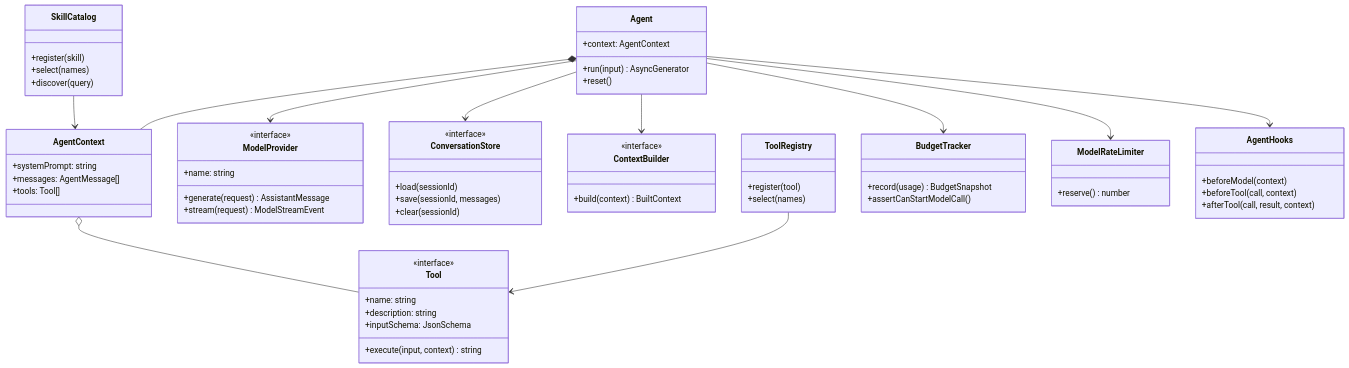
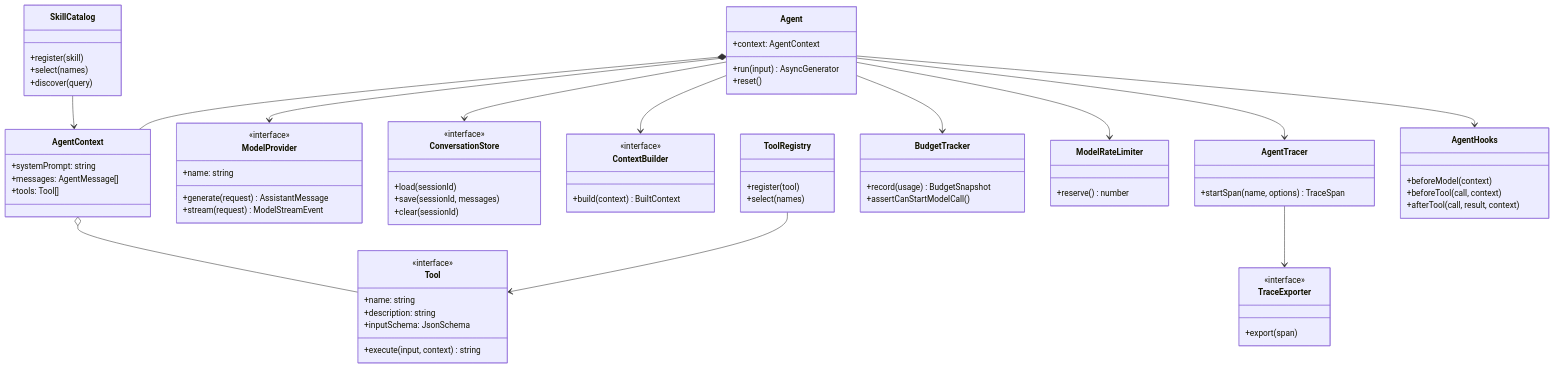
The diagram in docs/architecture.md (daiwk/building-agents-from-scratch), drawn with Mermaid before and after one commit. The commit also changed other lines of this file and 22 other files, not shown here.

````diff
--- a/docs/architecture.md
+++ b/docs/architecture.md
@@ -5,68 +5,77 @@
 ```mermaid
 classDiagram
     class Agent {
       +context: AgentContext
       +run(input) AsyncGenerator
       +reset()
     }
     class AgentContext {
       +systemPrompt: string
       +messages: AgentMessage[]
       +tools: Tool[]
     }
     class ModelProvider {
       <<interface>>
       +name: string
       +generate(request) AssistantMessage
       +stream(request) ModelStreamEvent
     }
     class Tool {
       <<interface>>
       +name: string
       +description: string
       +inputSchema: JsonSchema
       +execute(input, context) string
     }
     class AgentHooks {
       +beforeModel(context)
       +beforeTool(call, context)
       +afterTool(call, result, context)
     }
     class ConversationStore {
       <<interface>>
       +load(sessionId)
       +save(sessionId, messages)
       +clear(sessionId)
     }
     class ToolRegistry {
       +register(tool)
       +select(names)
     }
     class SkillCatalog {
       +register(skill)
       +select(names)
       +discover(query)
     }
     class ContextBuilder {
       <<interface>>
       +build(context) BuiltContext
     }
     class BudgetTracker {
       +record(usage) BudgetSnapshot
       +assertCanStartModelCall()
     }
     class ModelRateLimiter {
       +reserve() number
     }
+    class AgentTracer {
+      +startSpan(name, options) TraceSpan
+    }
+    class TraceExporter {
+      <<interface>>
+      +export(span)
+    }
 
     Agent *-- AgentContext
     Agent --> ModelProvider
     Agent --> ConversationStore
     Agent --> ContextBuilder
     Agent --> BudgetTracker
     Agent --> ModelRateLimiter
+    Agent --> AgentTracer
+    AgentTracer --> TraceExporter
     AgentContext o-- Tool
     Agent --> AgentHooks
     ToolRegistry --> Tool
     SkillCatalog --> AgentContext
 ```
````
